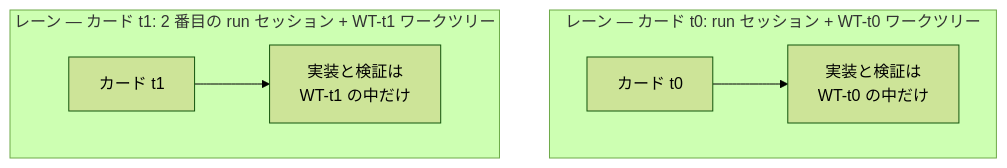
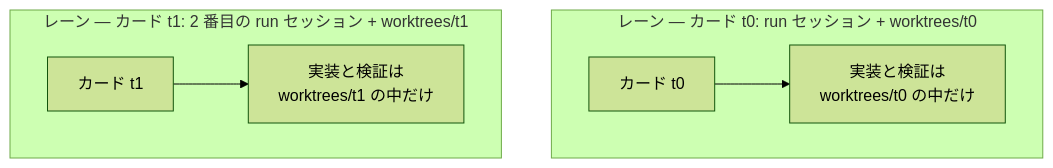
The second of 2 diagrams in docs-site/content/ja/core-concepts/kanban-board-terms.md (modu-ai/moai-adk), drawn with Mermaid (forest theme) before and after one commit. The commit also changed other lines of this file and 14 other files, not shown here.

````diff
--- a/docs-site/content/ja/core-concepts/kanban-board-terms.md
+++ b/docs-site/content/ja/core-concepts/kanban-board-terms.md
@@ -47,9 +47,9 @@
 ```mermaid
 flowchart TD
-    subgraph LaneA["レーン — カード t0: run セッション + WT-t0 ワークツリー"]
-        A0["カード t0"] --> A1["実装と検証は<br/>WT-t0 の中だけ"]
+    subgraph LaneA["レーン — カード t0: run セッション + worktrees/t0"]
+        A0["カード t0"] --> A1["実装と検証は<br/>worktrees/t0 の中だけ"]
     end
-    subgraph LaneB["レーン — カード t1: 2 番目の run セッション + WT-t1 ワークツリー"]
-        B0["カード t1"] --> B1["実装と検証は<br/>WT-t1 の中だけ"]
+    subgraph LaneB["レーン — カード t1: 2 番目の run セッション + worktrees/t1"]
+        B0["カード t1"] --> B1["実装と検証は<br/>worktrees/t1 の中だけ"]
     end
 ```
````
